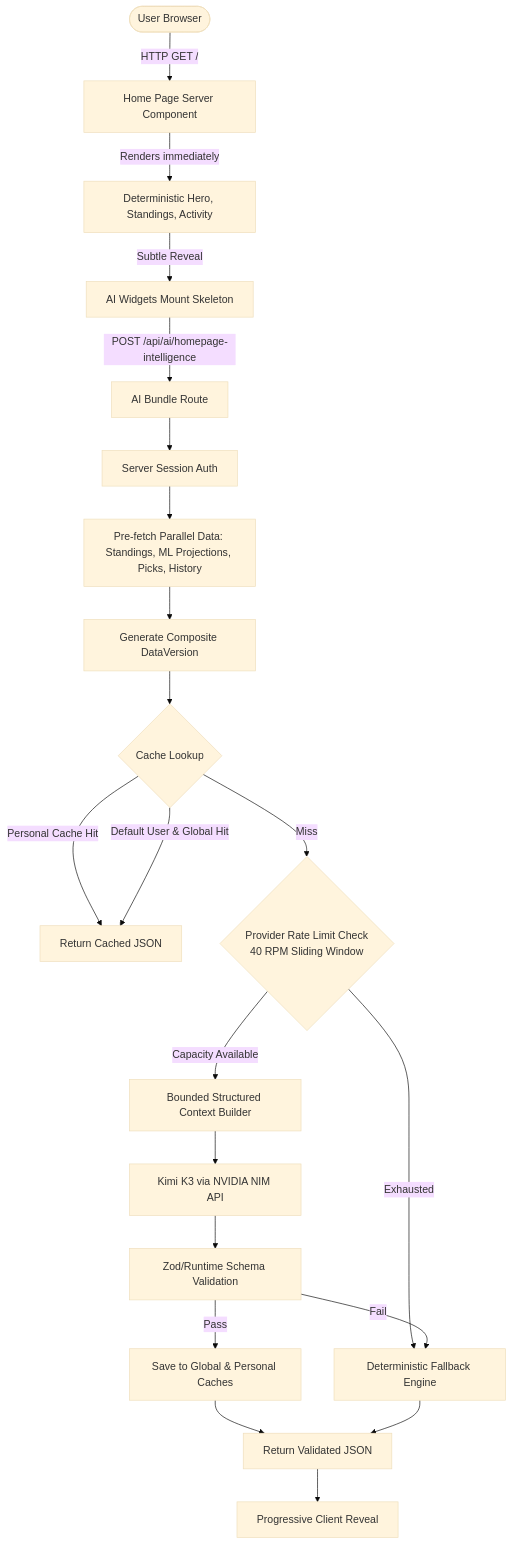
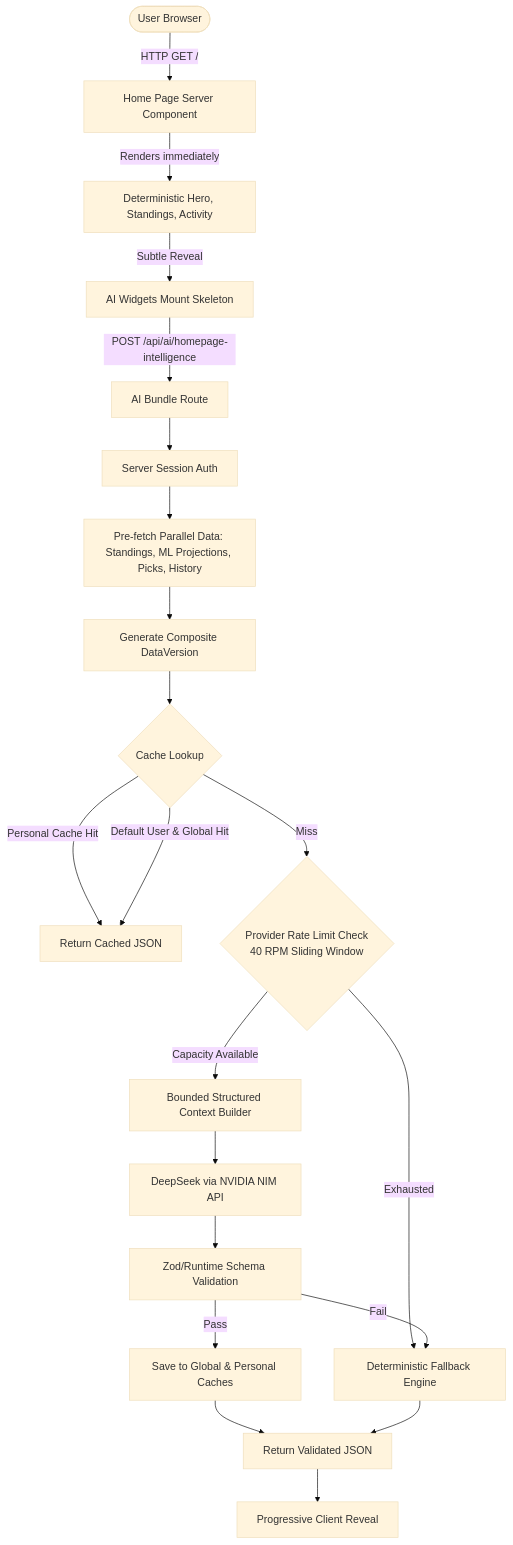
One commit to adi-alt/F1-Hub changed the diagram in docs/AGENTIC_AI.md. Above: the diagram before and after it, drawn with Mermaid (base theme). The commit also changed other lines of this file and 16 other files, not shown here.

````diff
--- a/docs/AGENTIC_AI.md
+++ b/docs/AGENTIC_AI.md
@@ -21,29 +21,29 @@
 ```mermaid
 flowchart TD
     User([User Browser]) -->|HTTP GET /| Page[Home Page Server Component]
     Page -->|Renders immediately| DetUI[Deterministic Hero, Standings, Activity]
     DetUI -->|Subtle Reveal| ClientWidget[AI Widgets Mount Skeleton]
     
     ClientWidget -->|POST /api/ai/homepage-intelligence| Endpoint[AI Bundle Route]
     Endpoint --> Auth[Server Session Auth]
     Auth --> Fetch[Pre-fetch Parallel Data: Standings, ML Projections, Picks, History]
     Fetch --> Version[Generate Composite DataVersion]
     
     Version --> CacheCheck{Cache Lookup}
     CacheCheck -->|Personal Cache Hit| ReturnCached[Return Cached JSON]
     CacheCheck -->|Default User & Global Hit| ReturnCached
     
     CacheCheck -->|Miss| CapCheck{Provider Rate Limit Check<br/>40 RPM Sliding Window}
     CapCheck -->|Exhausted| Fallback[Deterministic Fallback Engine]
     
     CapCheck -->|Capacity Available| ContextBuilder[Bounded Structured Context Builder]
-    ContextBuilder --> Kimi[Kimi K3 via NVIDIA NIM API]
+    ContextBuilder --> Kimi[DeepSeek via NVIDIA NIM API]
     Kimi --> Validator[Zod/Runtime Schema Validation]
     
     Validator -->|Pass| CacheWrite[Save to Global & Personal Caches]
     Validator -->|Fail| Fallback
     
     CacheWrite --> ClientResponse[Return Validated JSON]
     Fallback --> ClientResponse
     ClientResponse --> UIReveal[Progressive Client Reveal]
 ```
````
